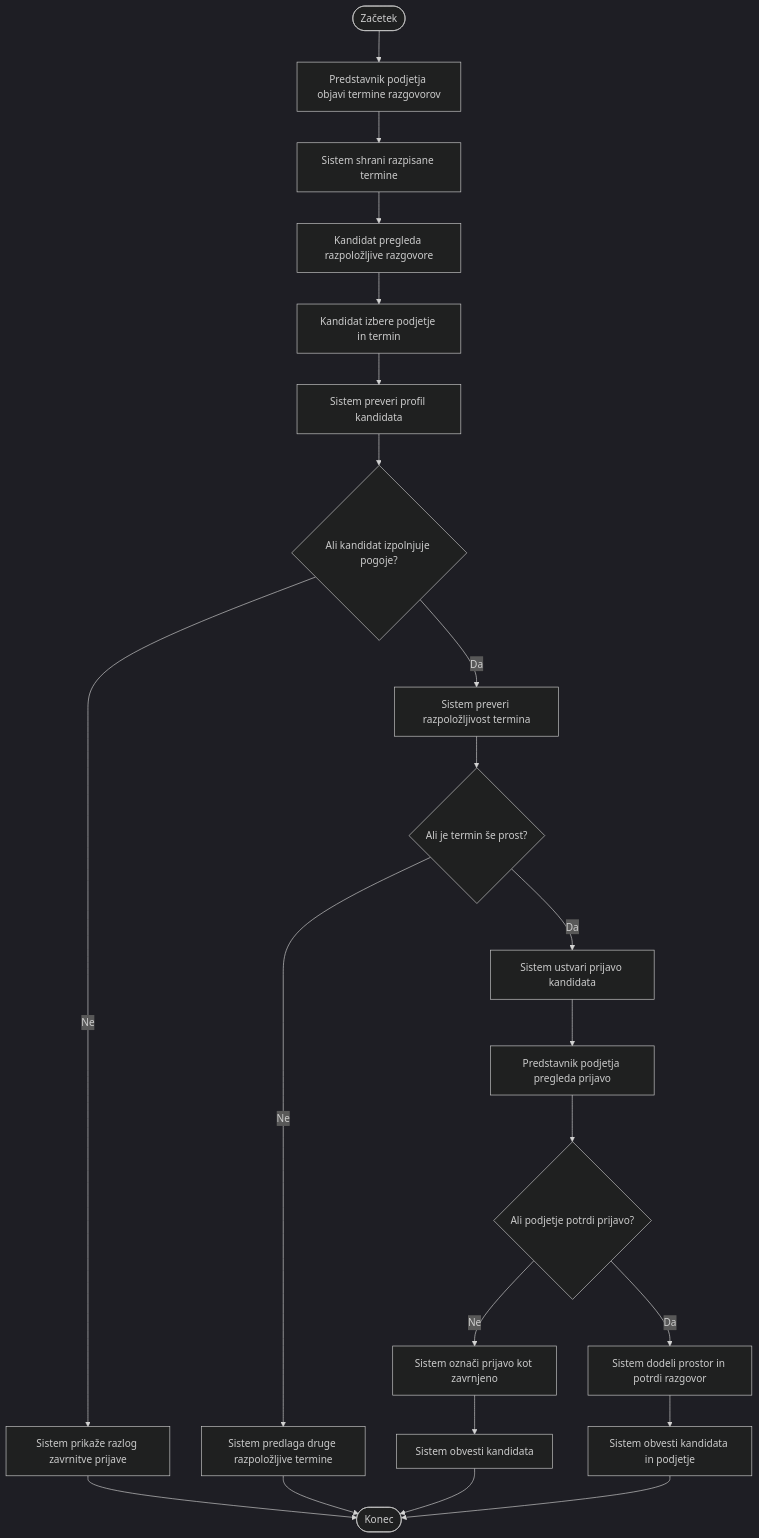
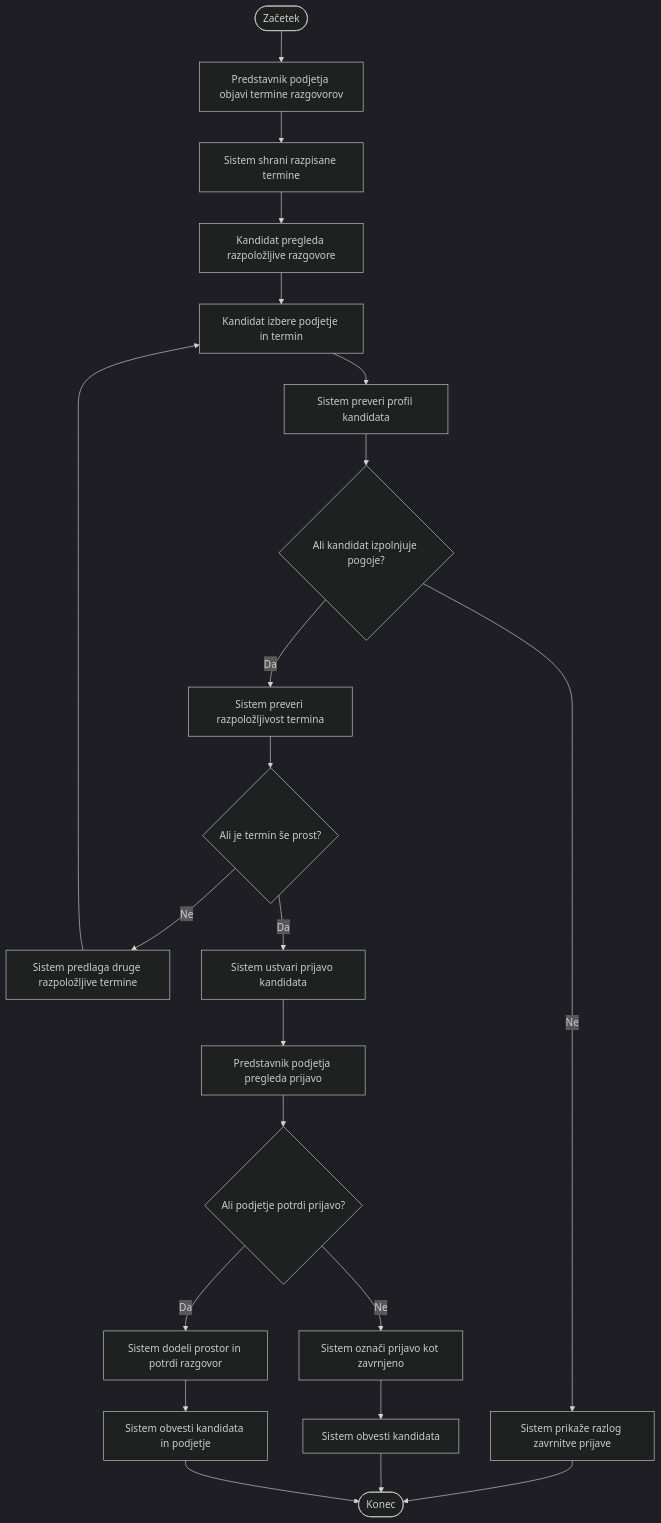
Before and after one commit to nikop36/confera: the fifth of 5 diagrams in docs/Activity diagram/README.md, drawn with Mermaid (dark theme). The commit also changed other lines of this file and 5 other files, not shown here.

````diff
--- a/docs/Activity diagram/README.md
+++ b/docs/Activity diagram/README.md
@@ -106,30 +122,30 @@
 ```mermaid
 flowchart TD
     A([Začetek]) --> B["Predstavnik podjetja objavi termine razgovorov"]
     B --> C["Sistem shrani razpisane termine"]
     C --> D["Kandidat pregleda razpoložljive razgovore"]
     D --> E["Kandidat izbere podjetje in termin"]
     E --> F["Sistem preveri profil kandidata"]
     F --> G{"Ali kandidat izpolnjuje pogoje?"}
 
     G -- "Ne" --> H["Sistem prikaže razlog zavrnitve prijave"]
     H --> Z([Konec])
 
     G -- "Da" --> I["Sistem preveri razpoložljivost termina"]
     I --> J{"Ali je termin še prost?"}
 
     J -- "Ne" --> K["Sistem predlaga druge razpoložljive termine"]
-    K --> Z
+    K --> E
 
     J -- "Da" --> L["Sistem ustvari prijavo kandidata"]
     L --> M["Predstavnik podjetja pregleda prijavo"]
     M --> N{"Ali podjetje potrdi prijavo?"}
 
     N -- "Ne" --> O["Sistem označi prijavo kot zavrnjeno"]
     O --> P["Sistem obvesti kandidata"]
     P --> Z
 
     N -- "Da" --> Q["Sistem dodeli prostor in potrdi razgovor"]
     Q --> R["Sistem obvesti kandidata in podjetje"]
     R --> Z
 ```
````
